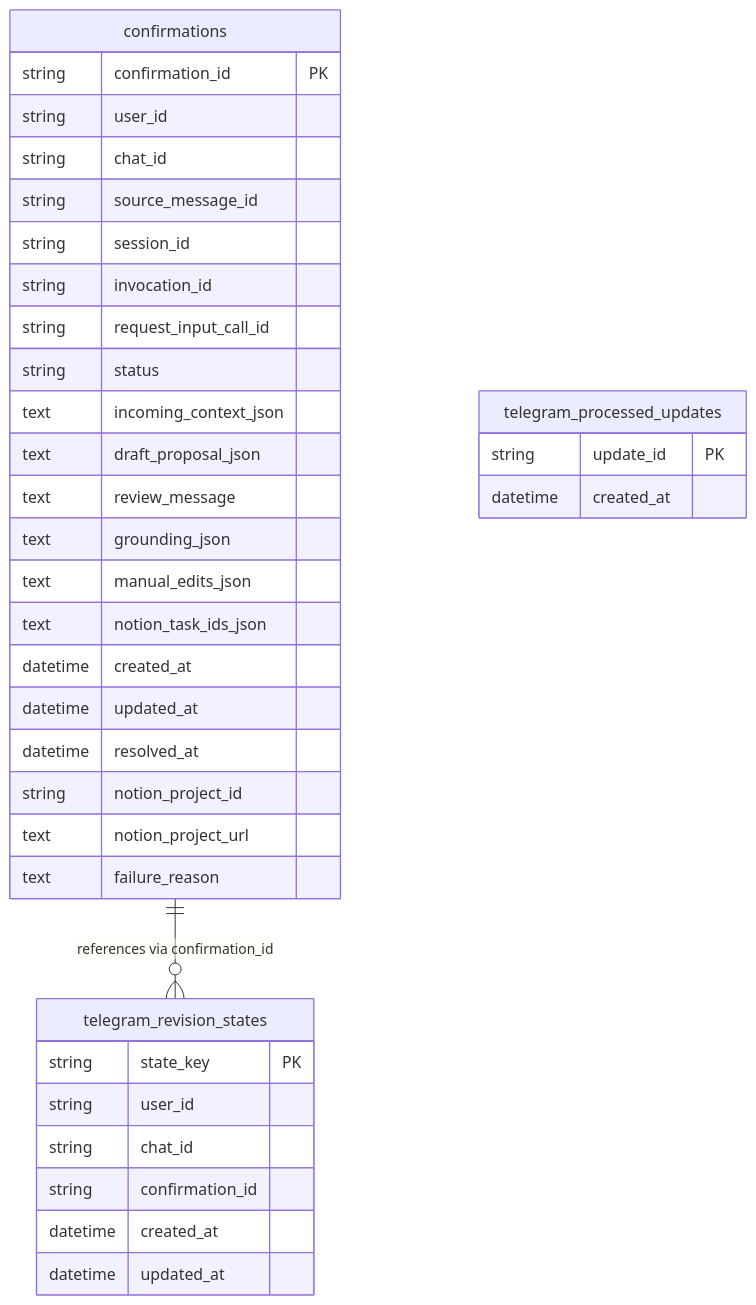
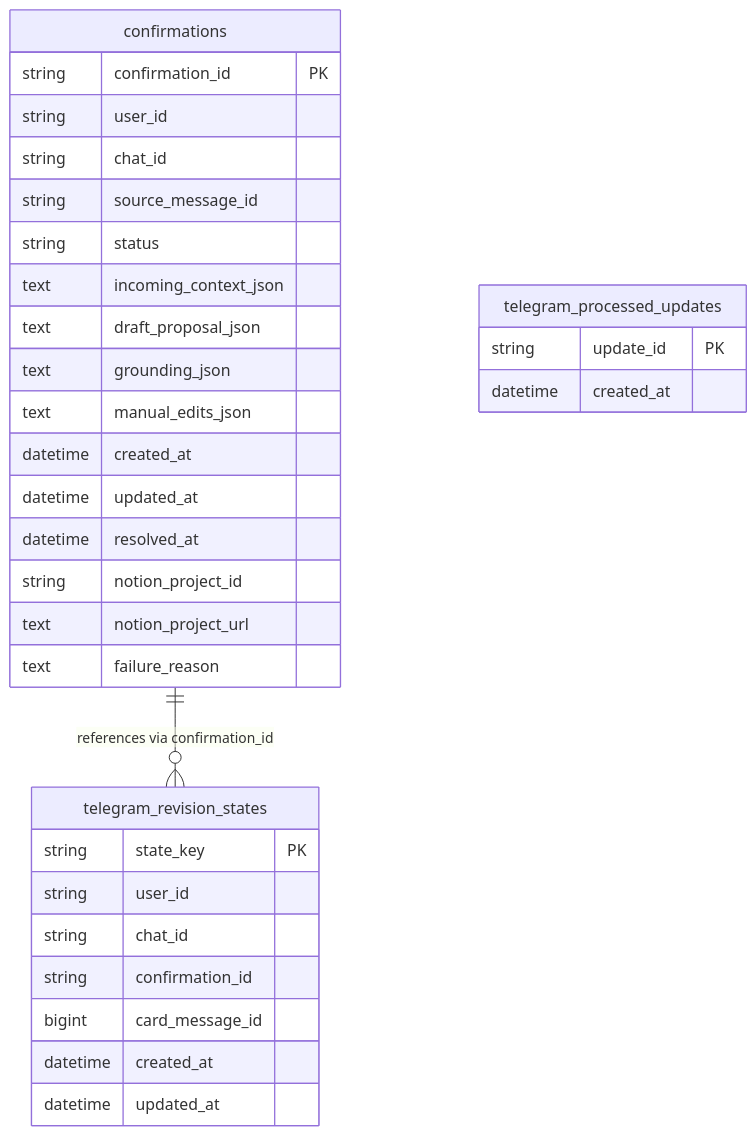
One commit to iamtokarev/backlog-tamer changed the diagram in openwiki/domain/data-model.md. Above: the diagram before and after it, drawn with Mermaid. The commit also changed other lines of this file and 23 other files, not shown here.

````diff
--- a/openwiki/domain/data-model.md
+++ b/openwiki/domain/data-model.md
@@ -185,41 +194,37 @@
 ```mermaid
 erDiagram
     confirmations {
         string confirmation_id PK
         string user_id
         string chat_id
         string source_message_id
-        string session_id
-        string invocation_id
-        string request_input_call_id
         string status
         text incoming_context_json
         text draft_proposal_json
-        text review_message
         text grounding_json
         text manual_edits_json
-        text notion_task_ids_json
         datetime created_at
         datetime updated_at
         datetime resolved_at
         string notion_project_id
         text notion_project_url
         text failure_reason
     }
 
     telegram_revision_states {
         string state_key PK
         string user_id
         string chat_id
         string confirmation_id
+        bigint card_message_id
         datetime created_at
         datetime updated_at
     }
 
     telegram_processed_updates {
         string update_id PK
         datetime created_at
     }
 
     confirmations ||--o{ telegram_revision_states : "references via confirmation_id"
 ```
````
